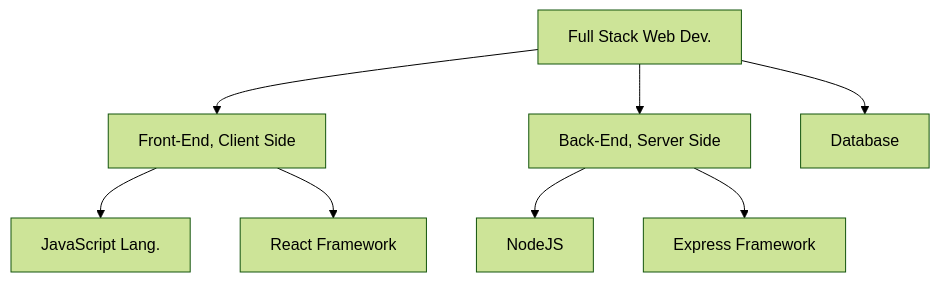
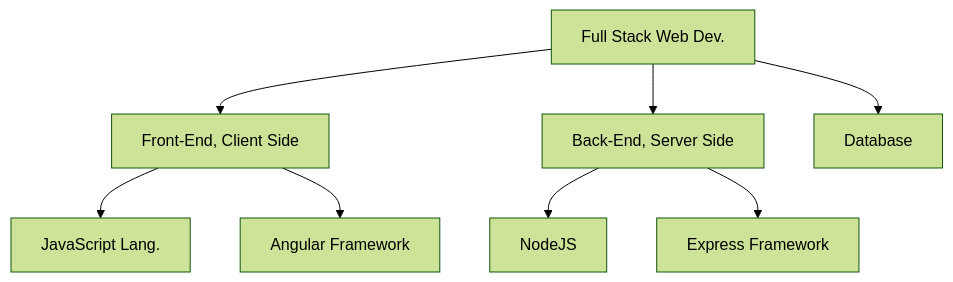
Before and after one commit to uptimistic/FullStackWebDev: the second of 5 diagrams in README.md, drawn with Mermaid (forest theme). The commit also changed other lines of this file, not shown here.

````diff
--- a/README.md
+++ b/README.md
@@ -22,11 +24,11 @@
 ```mermaid
 graph TD;
     A[Full Stack Web Dev.]-->B[Front-End, Client Side];
     A-->C[Back-End, Server Side];
     B-->D[JavaScript Lang. ];
-    B-->E[React Framework];
+    B-->E[Angular Framework];
     
     C-->F[NodeJS];
     C-->G[Express Framework];
     A-->H[Database];
 ```
````
